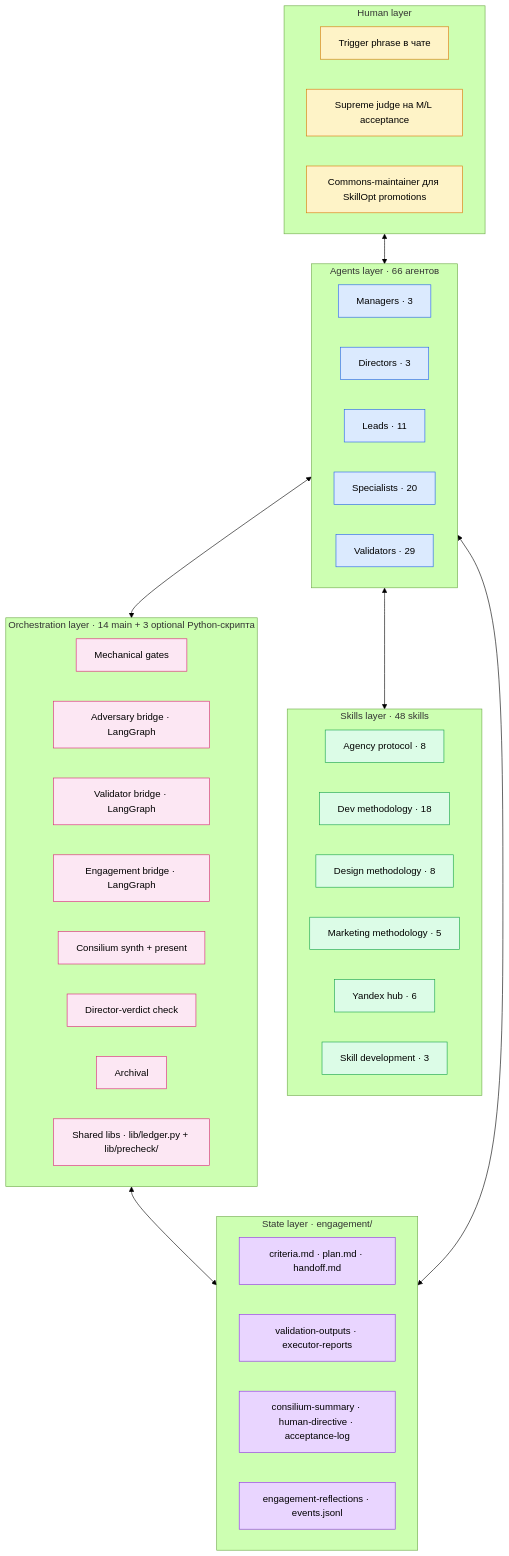
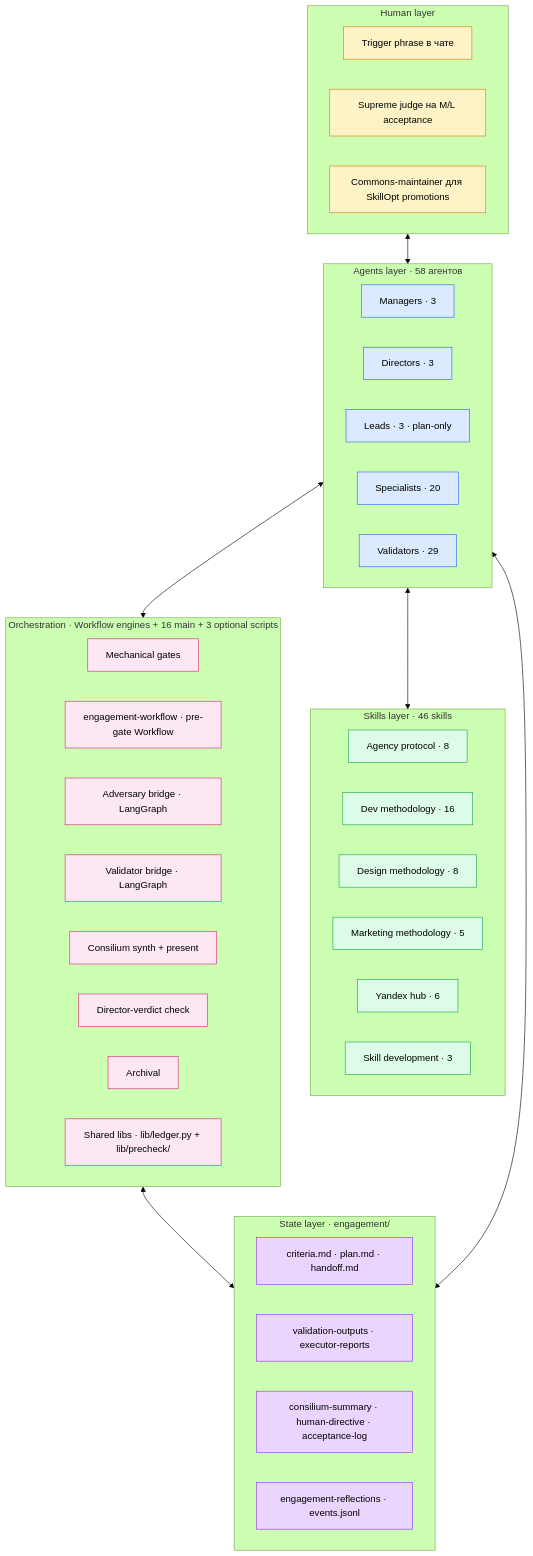
The first of 6 diagrams in ARCHITECTURE.ru.md (AgentShekel/agentic-workflow), drawn with Mermaid (forest theme) before and after one commit. The commit also changed other lines of this file and 96 other files, not shown here.

First line of the commit message:
feat: v0.3 — engagement orchestration unified under the engagement-workflow Workflow

````diff
--- a/ARCHITECTURE.ru.md
+++ b/ARCHITECTURE.ru.md
@@ -88,61 +97,61 @@
 ```mermaid
 flowchart TB
     subgraph Human ["Human layer"]
         H1[Trigger phrase в чате]
         H2[Supreme judge на M/L acceptance]
         H3[Commons-maintainer для SkillOpt promotions]
     end
 
-    subgraph Agents ["Agents layer · 66 агентов"]
+    subgraph Agents ["Agents layer · 58 агентов"]
         AM[Managers · 3]
         AD[Directors · 3]
-        AL[Leads · 11]
+        AL[Leads · 3 · plan-only]
         AS[Specialists · 20]
         AV[Validators · 29]
     end
 
-    subgraph Skills ["Skills layer · 48 skills"]
+    subgraph Skills ["Skills layer · 46 skills"]
         SK1[Agency protocol · 8]
-        SK2[Dev methodology · 18]
+        SK2[Dev methodology · 16]
         SK3[Design methodology · 8]
         SK4[Marketing methodology · 5]
         SK5[Yandex hub · 6]
         SK6[Skill development · 3]
     end
 
-    subgraph Orch ["Orchestration layer · 14 main + 3 optional Python-скрипта"]
+    subgraph Orch ["Orchestration · Workflow engines + 16 main + 3 optional scripts"]
         O1[Mechanical gates]
-        O2[Adversary bridge · LangGraph]
-        O3[Validator bridge · LangGraph]
-        O4[Engagement bridge · LangGraph]
+        O2[engagement-workflow · pre-gate Workflow]
+        O3[Adversary bridge · LangGraph]
+        O4[Validator bridge · LangGraph]
         O5[Consilium synth + present]
         O6[Director-verdict check]
         O7[Archival]
         O8[Shared libs · lib/ledger.py + lib/precheck/]
     end
 
     subgraph State ["State layer · engagement/"]
         ST1[criteria.md · plan.md · handoff.md]
         ST2[validation-outputs · executor-reports]
         ST3[consilium-summary · human-directive · acceptance-log]
         ST4[engagement-reflections · events.jsonl]
     end
 
     Human <--> Agents
     Agents <--> Skills
     Agents <--> Orch
     Orch <--> State
     Agents <--> State
 
     classDef human fill:#fef3c7,stroke:#d97706,color:#000
     classDef agents fill:#dbeafe,stroke:#2563eb,color:#000
     classDef skills fill:#dcfce7,stroke:#16a34a,color:#000
     classDef orch fill:#fce7f3,stroke:#db2777,color:#000
     classDef state fill:#e9d5ff,stroke:#9333ea,color:#000
 
     class H1,H2,H3 human
     class AM,AD,AL,AS,AV agents
     class SK1,SK2,SK3,SK4,SK5,SK6 skills
     class O1,O2,O3,O4,O5,O6,O7,O8 orch
     class ST1,ST2,ST3,ST4 state
 ```
````
